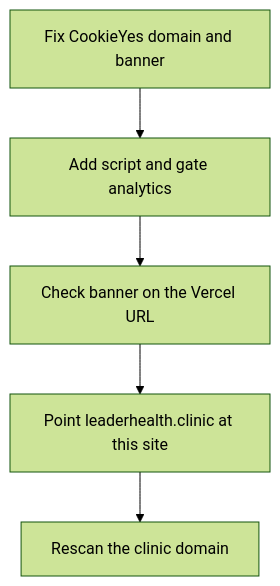
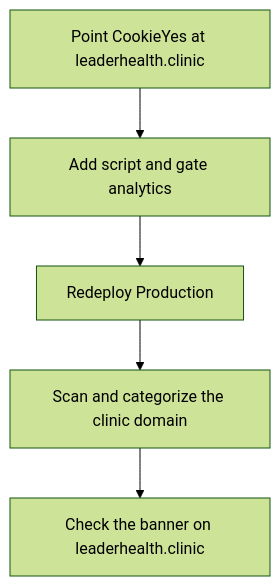
The diagram in .cursor/plans/cookieyes_before_dns_62b61ccf.plan.md (LeaderHealth/LeaderHealth), drawn with Mermaid (forest theme) before and after one commit. The commit also changed other lines of this file and 8 other files, not shown here.

````diff
--- a/.cursor/plans/cookieyes_before_dns_62b61ccf.plan.md
+++ b/.cursor/plans/cookieyes_before_dns_62b61ccf.plan.md
@@ -28,9 +30,9 @@
 ```mermaid
 flowchart TD
-  dashboard[Fix CookieYes domain and banner]
+  dashboard[Point CookieYes at leaderhealth.clinic]
   code[Add script and gate analytics]
-  verify[Check banner on the Vercel URL]
-  dns[Point leaderhealth.clinic at this site]
-  rescan[Rescan the clinic domain]
-  dashboard --> code --> verify --> dns --> rescan
+  deploy[Redeploy Production]
+  scan[Scan and categorize the clinic domain]
+  verify[Check the banner on leaderhealth.clinic]
+  dashboard --> code --> deploy --> scan --> verify
 ```
````
